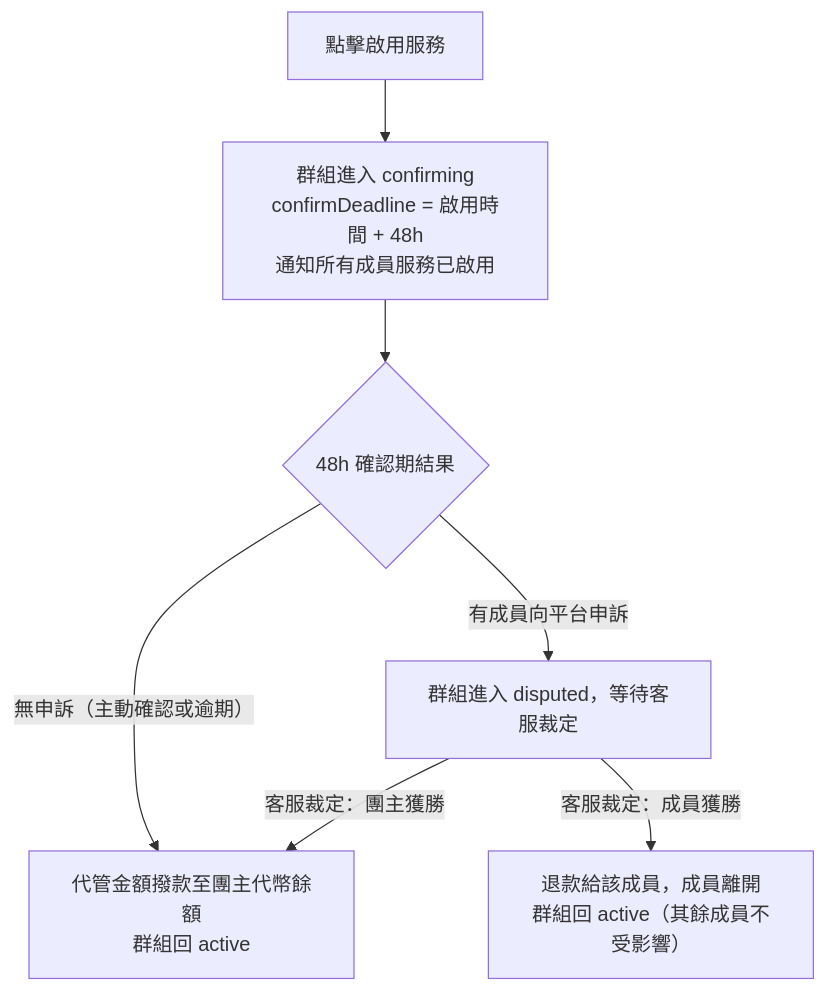
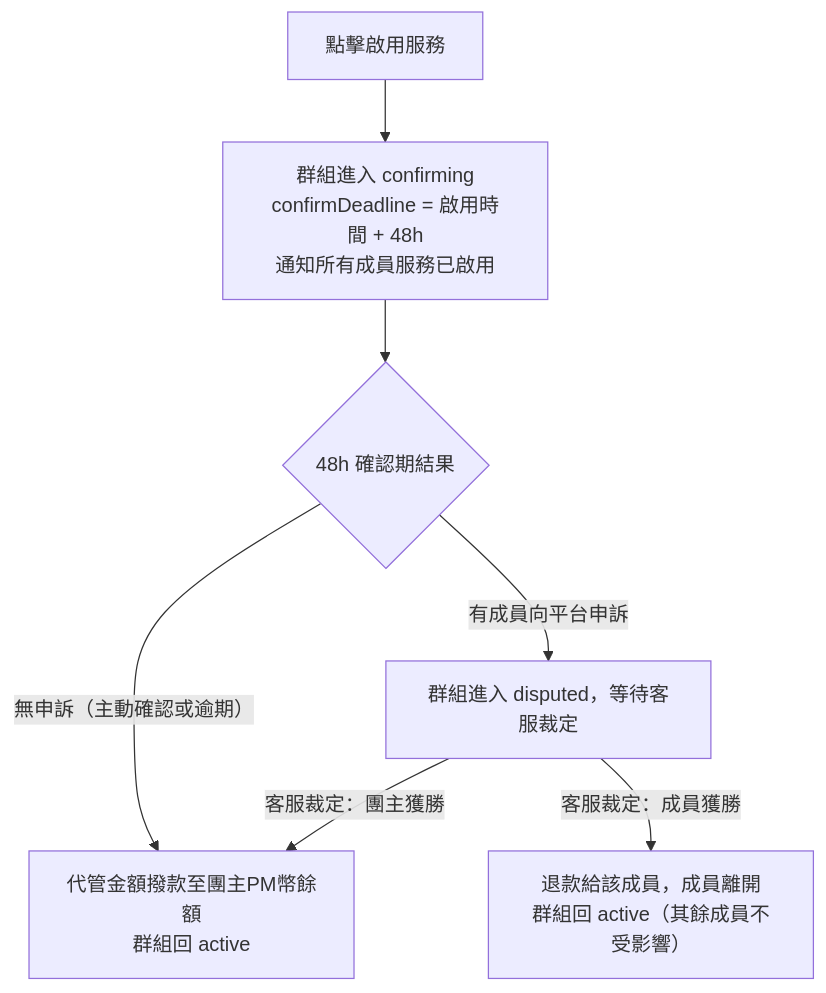
The tenth of 15 diagrams in docs/user-flows.md (s1092055/PartyMatch), drawn with Mermaid before and after one commit. The commit also changed other lines of this file and 16 other files, not shown here.

````diff
--- a/docs/user-flows.md
+++ b/docs/user-flows.md
@@ -152,9 +150,9 @@
 ```mermaid
 flowchart TD
   A[點擊啟用服務] --> C[群組進入 confirming\nconfirmDeadline = 啟用時間 + 48h\n通知所有成員服務已啟用]
   C --> D{48h 確認期結果}
-  D -->|無申訴（主動確認或逾期）| E[代管金額撥款至團主代幣餘額\n群組回 active]
+  D -->|無申訴（主動確認或逾期）| E[代管金額撥款至團主PM幣餘額\n群組回 active]
   D -->|有成員向平台申訴| F[群組進入 disputed，等待客服裁定]
   F -->|客服裁定：團主獲勝| E
   F -->|客服裁定：成員獲勝| G[退款給該成員，成員離開\n群組回 active（其餘成員不受影響）]
 ```
````
